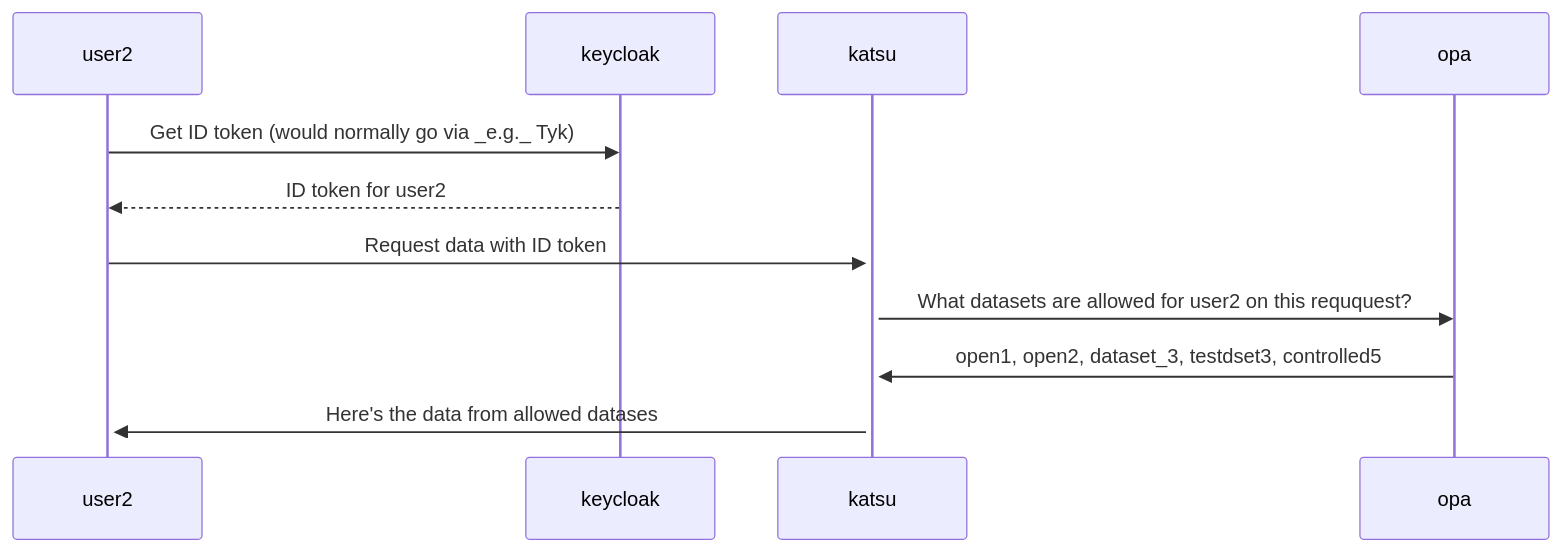
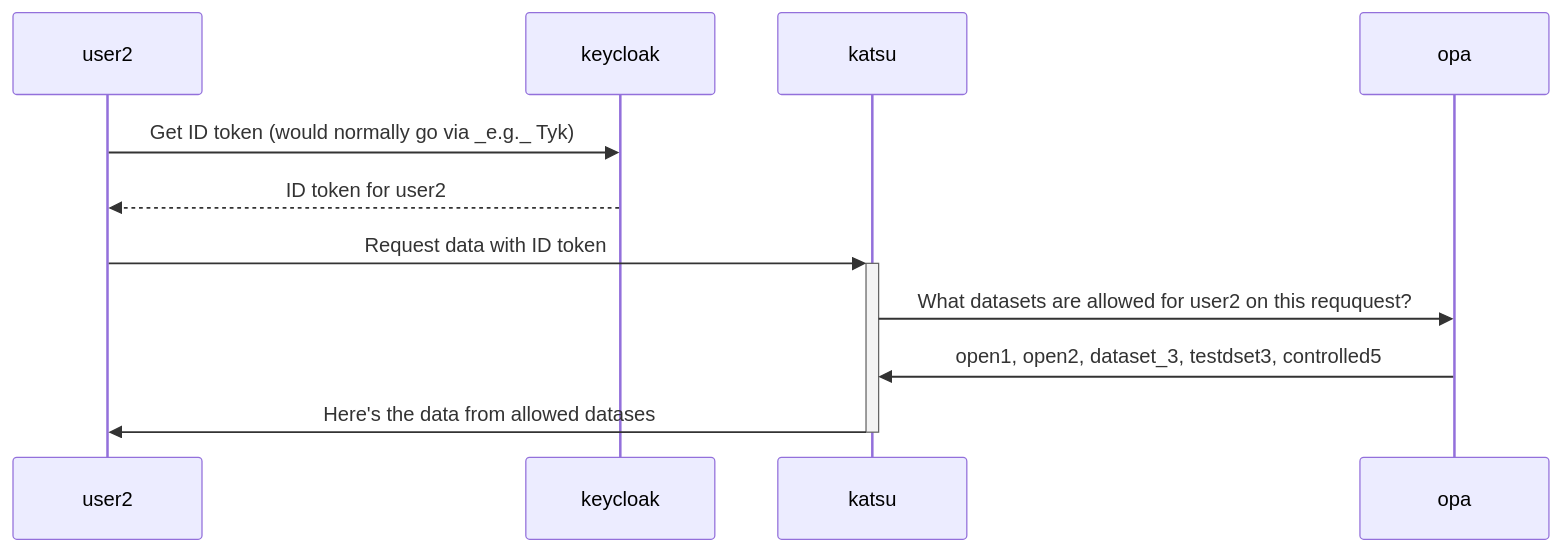
One commit to CanDIG/candig-opa changed the diagram in README.md. Above: the diagram before and after it, drawn with Mermaid.

Commit message:
Another Sequence digram typo [skip ci]

````diff
--- a/README.md
+++ b/README.md
@@ -125,14 +125,14 @@
 ```mermaid
 sequenceDiagram
     participant user2
     participant keycloak
     participant katsu
     participant opa
 
     user2->>keycloak: Get ID token (would normally go via _e.g._ Tyk)
     keycloak-->>user2: ID token for user2
     user2->>+katsu: Request data with ID token
     katsu->>opa: What datasets are allowed for user2 on this reququest?
     opa->>katsu: open1, open2, dataset_3, testdset3, controlled5
-    katsu->>+user2: Here's the data from allowed datases
+    katsu->>-user2: Here's the data from allowed datases
 ```
````
